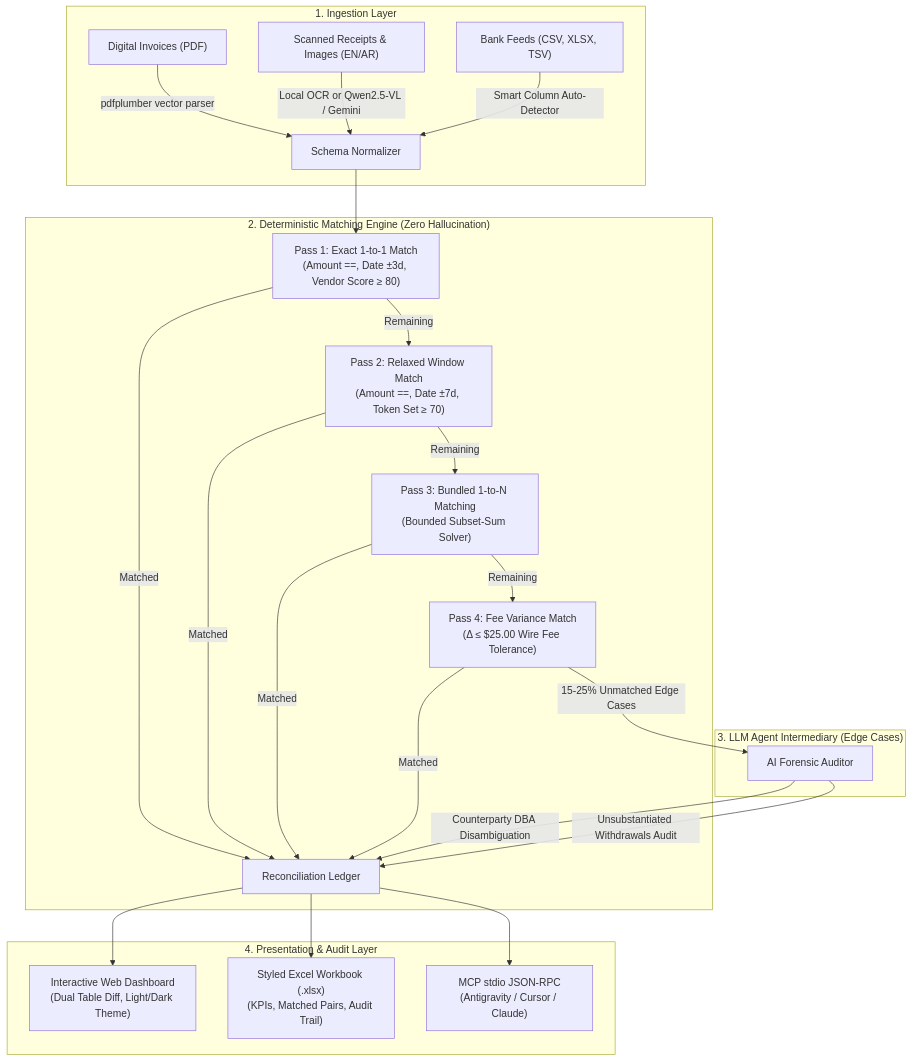
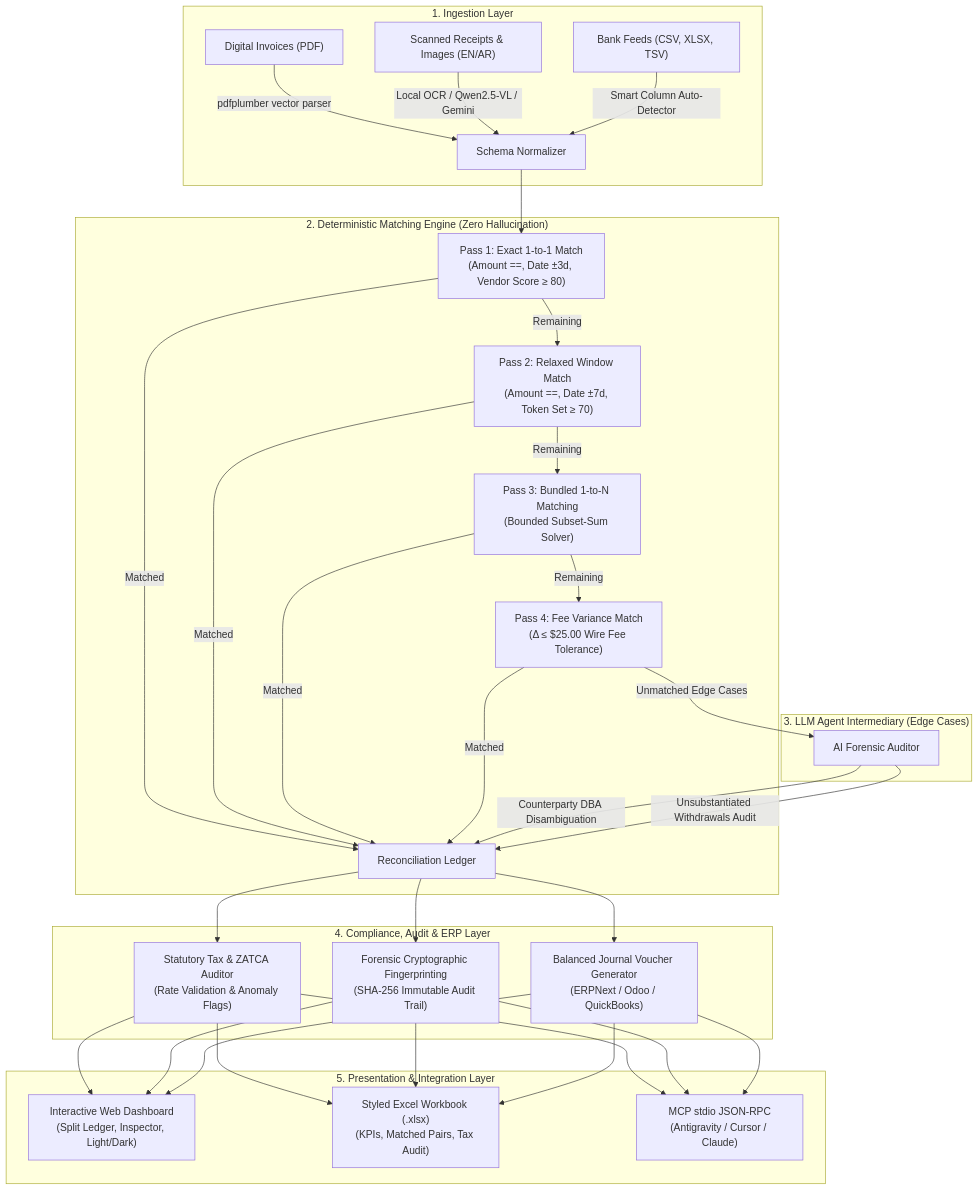
Before and after one commit to AhmedKhalid0/reconcilex: the diagram in README.md, drawn with Mermaid. The commit also changed other lines of this file and 7 other files, not shown here.

Commit message:
docs: showcase enterprise split-ledger, tax audit, inspector drawer, and clean screenshots

````diff
--- a/README.md
+++ b/README.md
@@ -35,31 +86,37 @@
 ```mermaid
 flowchart TD
     subgraph INGESTION["1. Ingestion Layer"]
         A1["Digital Invoices (PDF)"] -->|pdfplumber vector parser| N["Schema Normalizer"]
-        A2["Scanned Receipts & Images (EN/AR)"] -->|Local OCR or Qwen2.5-VL / Gemini| N
+        A2["Scanned Receipts & Images (EN/AR)"] -->|Local OCR / Qwen2.5-VL / Gemini| N
         A3["Bank Feeds (CSV, XLSX, TSV)"] -->|Smart Column Auto-Detector| N
     end
 
     subgraph DETERMINISTIC["2. Deterministic Matching Engine (Zero Hallucination)"]
         N --> P1["Pass 1: Exact 1-to-1 Match\n(Amount ==, Date ±3d, Vendor Score ≥ 80)"]
         P1 -->|Matched| REC["Reconciliation Ledger"]
         P1 -->|Remaining| P2["Pass 2: Relaxed Window Match\n(Amount ==, Date ±7d, Token Set ≥ 70)"]
         P2 -->|Matched| REC
         P2 -->|Remaining| P3["Pass 3: Bundled 1-to-N Matching\n(Bounded Subset-Sum Solver)"]
         P3 -->|Matched| REC
         P3 -->|Remaining| P4["Pass 4: Fee Variance Match\n(Δ ≤ $25.00 Wire Fee Tolerance)"]
         P4 -->|Matched| REC
     end
 
     subgraph AGENTIC["3. LLM Agent Intermediary (Edge Cases)"]
-        P4 -->|15-25% Unmatched Edge Cases| AG["AI Forensic Auditor"]
+        P4 -->|Unmatched Edge Cases| AG["AI Forensic Auditor"]
         AG -->|Counterparty DBA Disambiguation| REC
         AG -->|Unsubstantiated Withdrawals Audit| REC
     end
 
-    subgraph PRESENTATION["4. Presentation & Audit Layer"]
-        REC --> O1["Interactive Web Dashboard\n(Dual Table Diff, Light/Dark Theme)"]
-        REC --> O2["Styled Excel Workbook (.xlsx)\n(KPIs, Matched Pairs, Audit Trail)"]
-        REC --> O3["MCP stdio JSON-RPC\n(Antigravity / Cursor / Claude)"]
+    subgraph AUDIT_ERP["4. Compliance, Audit & ERP Layer"]
+        REC --> TAX["Statutory Tax & ZATCA Auditor\n(Rate Validation & Anomaly Flags)"]
+        REC --> SHA["Forensic Cryptographic Fingerprinting\n(SHA-256 Immutable Audit Trail)"]
+        REC --> JV["Balanced Journal Voucher Generator\n(ERPNext / Odoo / QuickBooks)"]
+    end
+
+    subgraph PRESENTATION["5. Presentation & Integration Layer"]
+        TAX & SHA & JV --> O1["Interactive Web Dashboard\n(Split Ledger, Inspector, Light/Dark)"]
+        TAX & SHA & JV --> O2["Styled Excel Workbook (.xlsx)\n(KPIs, Matched Pairs, Tax Audit)"]
+        TAX & SHA & JV --> O3["MCP stdio JSON-RPC\n(Antigravity / Cursor / Claude)"]
     end
 ```
````
